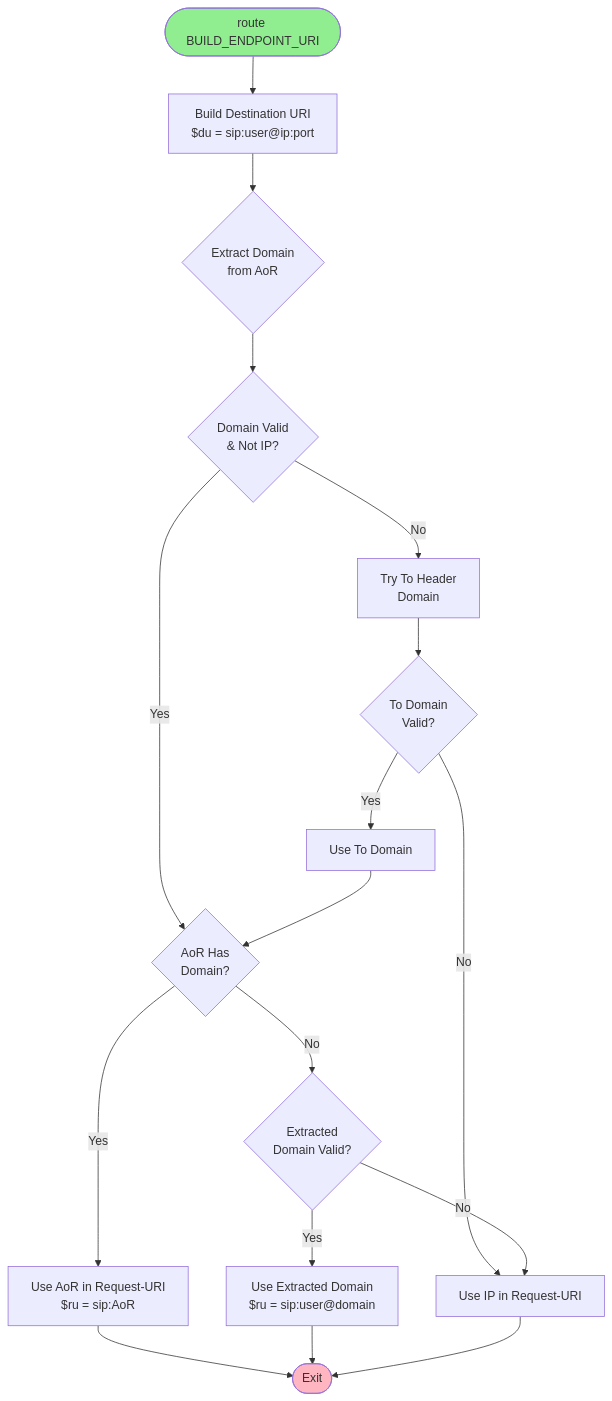
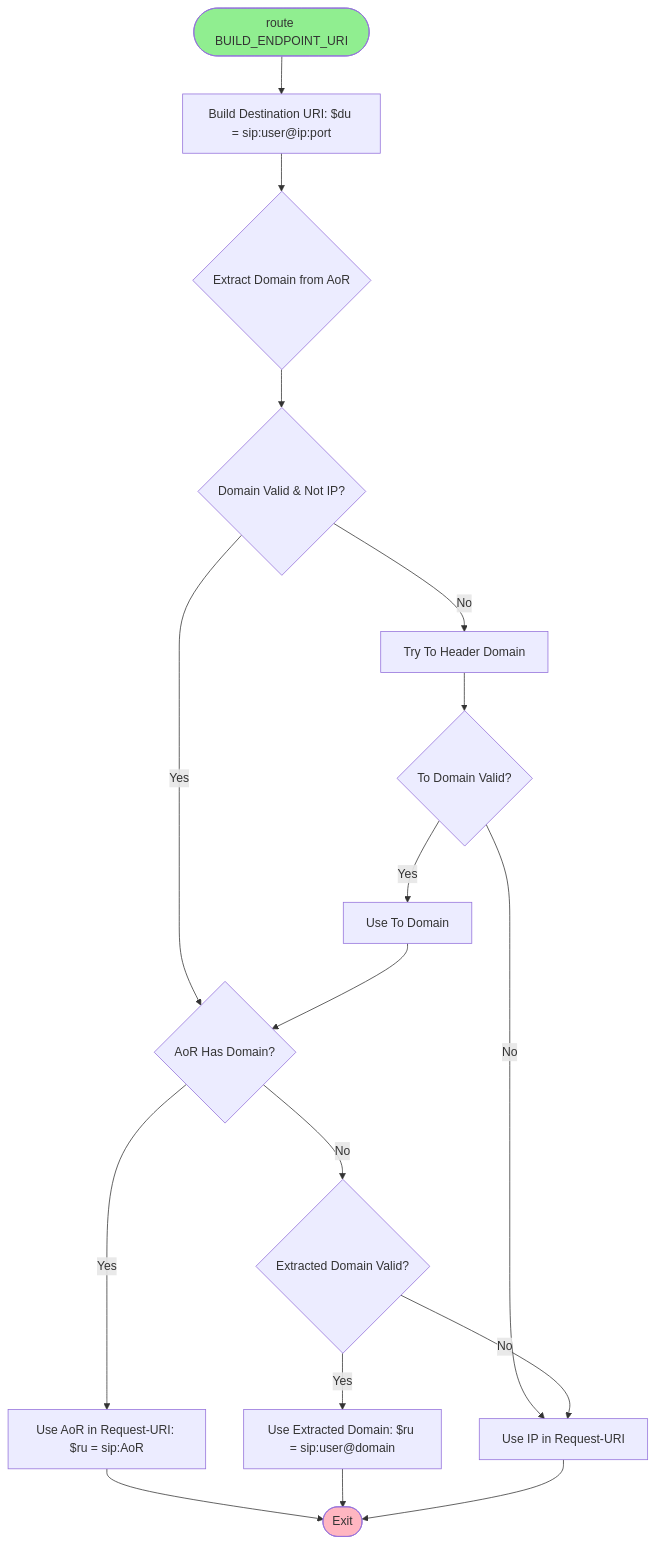
The fourth of 13 diagrams in docs/OPENSIPS-LOGIC-DIAGRAM.md (aelintra/pbx3sbc), drawn with Mermaid before and after one commit. The commit also changed other lines of this file, not shown here.

First line of the commit message:
Fix Mermaid diagram syntax: Remove unsupported HTML tags

````diff
--- a/docs/OPENSIPS-LOGIC-DIAGRAM.md
+++ b/docs/OPENSIPS-LOGIC-DIAGRAM.md
@@ -136,22 +136,22 @@
 ```mermaid
 flowchart TD
-    Start([route BUILD_ENDPOINT_URI]) --> BuildDU[Build Destination URI<br/>$du = sip:user@ip:port]
-    BuildDU --> ExtractDomain{Extract Domain<br/>from AoR}
-    ExtractDomain --> DomainValid{Domain Valid<br/>& Not IP?}
-    DomainValid -->|No| TryToHeader[Try To Header<br/>Domain]
-    DomainValid -->|Yes| CheckAoRFormat{AoR Has<br/>Domain?}
-    TryToHeader --> ToDomainValid{To Domain<br/>Valid?}
+    Start([route BUILD_ENDPOINT_URI]) --> BuildDU["Build Destination URI: $du = sip:user@ip:port"]
+    BuildDU --> ExtractDomain{Extract Domain from AoR}
+    ExtractDomain --> DomainValid{Domain Valid & Not IP?}
+    DomainValid -->|No| TryToHeader[Try To Header Domain]
+    DomainValid -->|Yes| CheckAoRFormat{AoR Has Domain?}
+    TryToHeader --> ToDomainValid{To Domain Valid?}
     ToDomainValid -->|Yes| UseToDomain[Use To Domain]
     ToDomainValid -->|No| UseIP[Use IP in Request-URI]
-    CheckAoRFormat -->|Yes| UseAoR[Use AoR in Request-URI<br/>$ru = sip:AoR]
-    CheckAoRFormat -->|No| CheckExtractedDomain{Extracted<br/>Domain Valid?}
-    CheckExtractedDomain -->|Yes| UseExtractedDomain[Use Extracted Domain<br/>$ru = sip:user@domain]
+    CheckAoRFormat -->|Yes| UseAoR["Use AoR in Request-URI: $ru = sip:AoR"]
+    CheckAoRFormat -->|No| CheckExtractedDomain{Extracted Domain Valid?}
+    CheckExtractedDomain -->|Yes| UseExtractedDomain["Use Extracted Domain: $ru = sip:user@domain"]
     CheckExtractedDomain -->|No| UseIP
     UseAoR --> End([Exit])
     UseExtractedDomain --> End
     UseToDomain --> CheckAoRFormat
     UseIP --> End
     
     style Start fill:#90EE90
     style End fill:#FFB6C1
 ```
````
